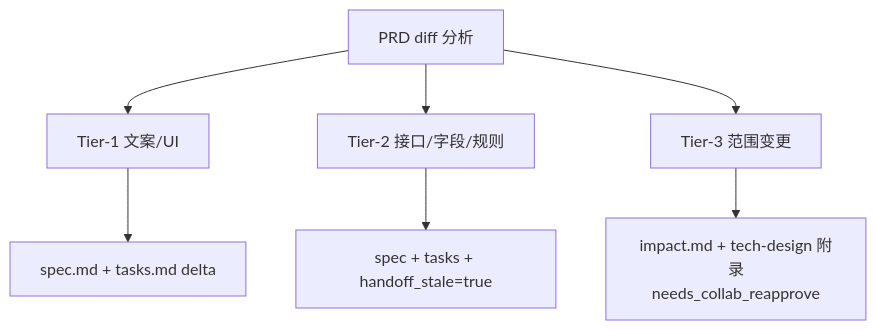
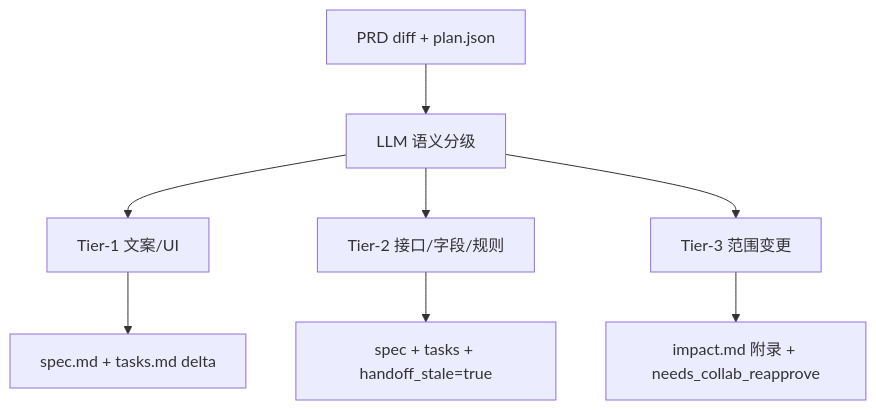
One commit to preciouskidy-collab/shop_points_dev_skills changed the ninth of 12 diagrams in docs/联调协作方案.md. Above: the diagram before and after it, drawn with Mermaid. The commit also changed other lines of this file and 21 other files, not shown here.

````diff
--- a/docs/联调协作方案.md
+++ b/docs/联调协作方案.md
@@ -462,10 +472,11 @@
 ```mermaid
 flowchart TD
-  DIFF[PRD diff 分析] --> T1[Tier-1 文案/UI]
-  DIFF --> T2[Tier-2 接口/字段/规则]
-  DIFF --> T3[Tier-3 范围变更]
+  DIFF[PRD diff + plan.json] --> LLM[LLM 语义分级]
+  LLM --> T1[Tier-1 文案/UI]
+  LLM --> T2[Tier-2 接口/字段/规则]
+  LLM --> T3[Tier-3 范围变更]
 
   T1 --> U1[spec.md + tasks.md delta]
   T2 --> U2[spec + tasks + handoff_stale=true]
-  T3 --> U3[impact.md + tech-design 附录<br/>needs_collab_reapprove]
+  T3 --> U3[impact.md 附录 + needs_collab_reapprove]
 ```
````
